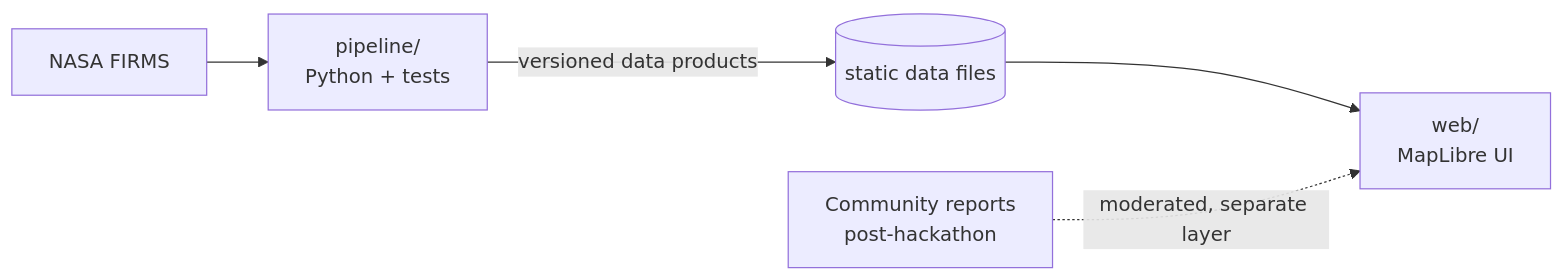
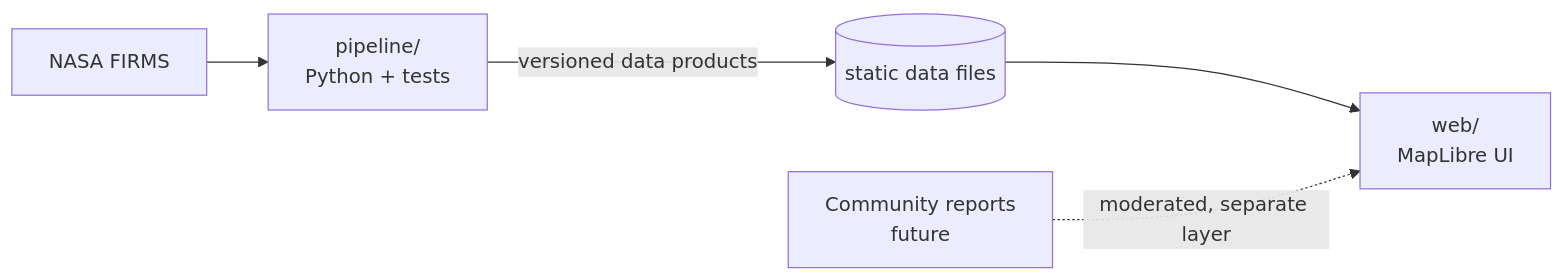
The first of 2 diagrams in web/AGENTS.md (dhien-exploration/eyes-on-karhutla), drawn with Mermaid before and after one commit. The commit also changed other lines of this file and 14 other files, not shown here.

````diff
--- a/web/AGENTS.md
+++ b/web/AGENTS.md
@@ -25,7 +25,7 @@
 ```mermaid
 flowchart LR
     FIRMS[NASA FIRMS] --> PY[pipeline/<br/>Python + tests]
     PY -->|versioned data products| DATA[(static data files)]
     DATA --> WEB[web/<br/>MapLibre UI]
-    COMM[Community reports<br/>post-hackathon] -.->|moderated, separate layer| WEB
+    COMM[Community reports<br/>future] -.->|moderated, separate layer| WEB
 ```
````
